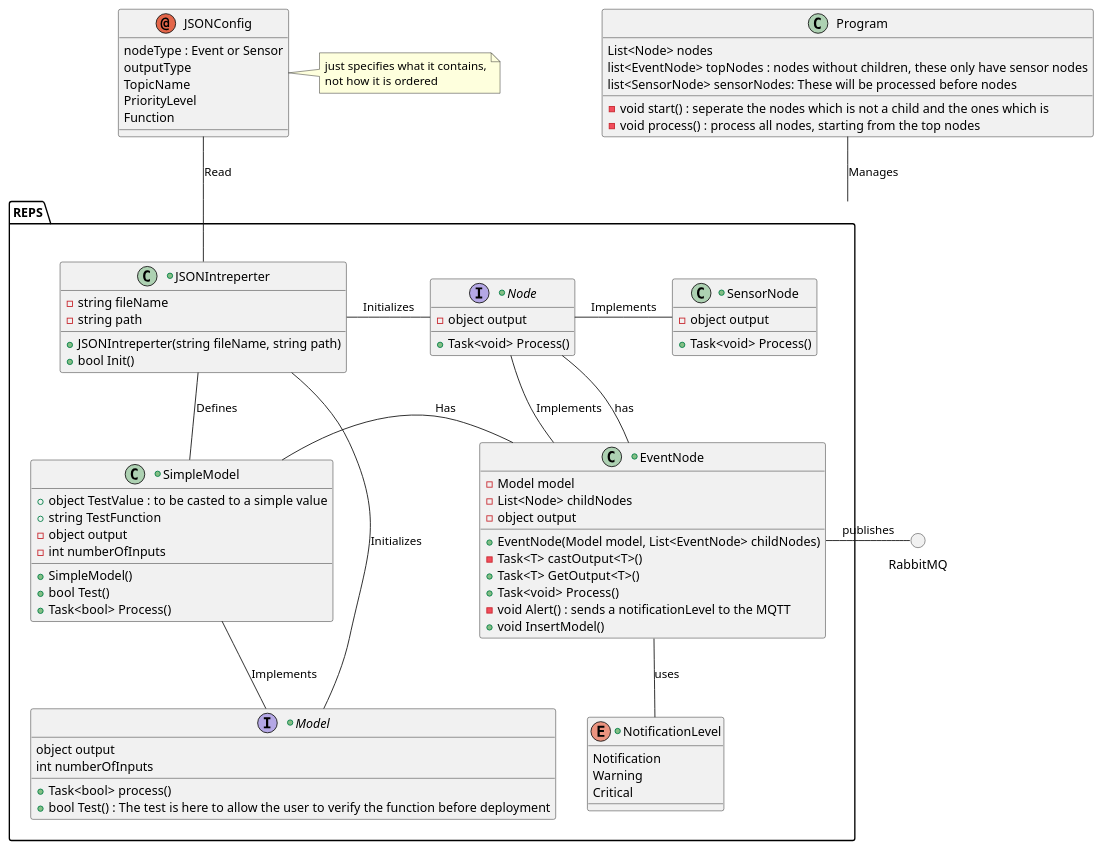
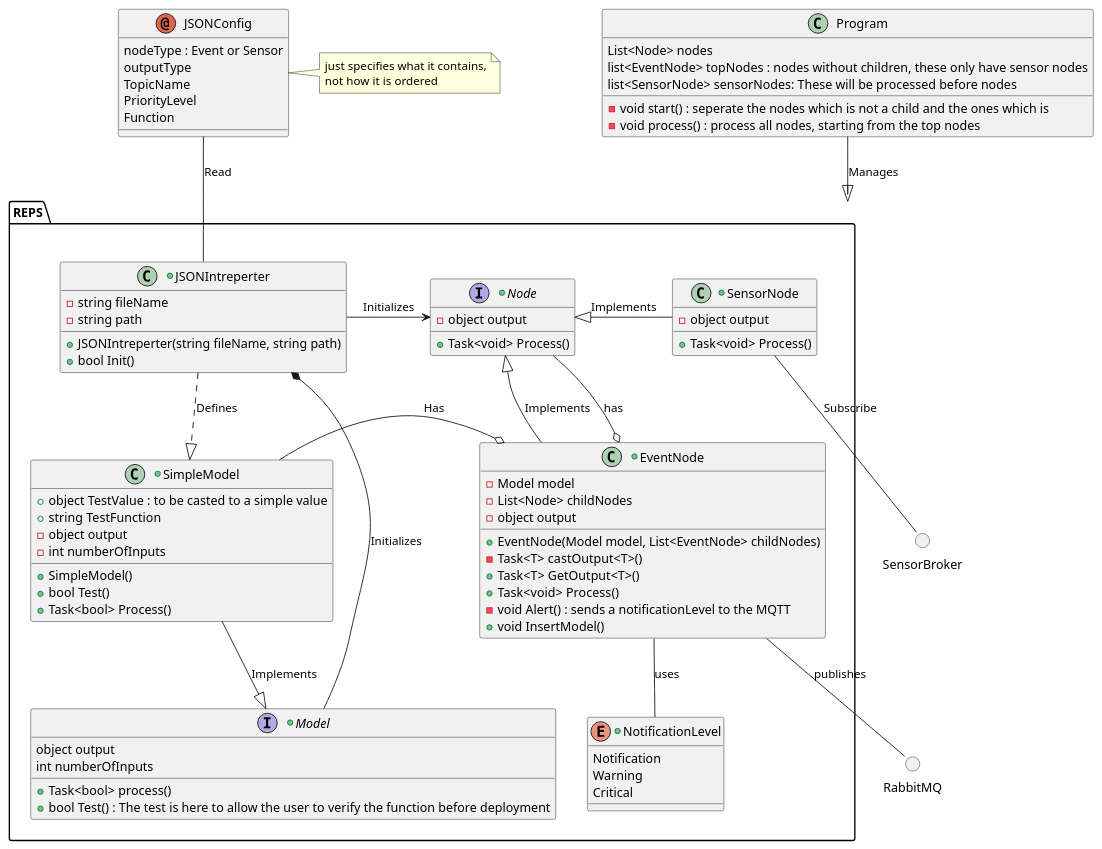
One commit to SSpedsbjerg/Master-Thesis changed the diagram in PUML Files/DesignAnalysisDiagram.puml. Above: the diagram before and after it, drawn with PlantUML. The commit also changed 5 other files, not shown here.

```diff
--- a/PUML Files/DesignAnalysisDiagram.puml
+++ b/PUML Files/DesignAnalysisDiagram.puml
@@ -1,95 +1,97 @@
 @startuml
 
 annotation JSONConfig{
     nodeType : Event or Sensor
     outputType
     TopicName
     PriorityLevel
     Function
 }
 
 note right of JSONConfig : just specifies what it contains,\nnot how it is ordered
 
 circle RabbitMQ
+circle SensorBroker
 
 class Program{
     List<Node> nodes
     list<EventNode> topNodes : nodes without children, these only have sensor nodes
     list<SensorNode> sensorNodes: These will be processed before nodes
     - void start() : seperate the nodes which is not a child and the ones which is
     - void process() : process all nodes, starting from the top nodes
 }
 
 package REPS {
     +enum NotificationLevel {
         Notification
         Warning
         Critical
     }
 
     +interface Node {
         - object output
         + Task<void> Process()
     }
 
     +class SensorNode {
         - object output
         + Task<void> Process()
     }
 
     +class EventNode {
         - Model model
         - List<Node> childNodes
         - object output
 
         + EventNode(Model model, List<EventNode> childNodes)
         - Task<T> castOutput<T>()
         + Task<T> GetOutput<T>()
         + Task<void> Process() 
         - void Alert() : sends a notificationLevel to the MQTT
         + void InsertModel()
     }
 
     +class JSONIntreperter{
         - string fileName
         - string path
 
         + JSONIntreperter(string fileName, string path)
         + bool Init()
     }
 
     +interface Model{
         + Task<bool> process()
         object output
         int numberOfInputs
         + bool Test() : The test is here to allow the user to verify the function before deployment
     }
 
     +class SimpleModel{
         + object TestValue : to be casted to a simple value
         + string TestFunction
         - object output
         - int numberOfInputs
         + SimpleModel()
         + bool Test()
         + Task<bool> Process()
     }
 }
 
 
 
-SensorNode -left- Node : Implements
-EventNode -up- Node : Implements
-JSONIntreperter -right- Node : Initializes
-JSONIntreperter -down- Model : Initializes
-SimpleModel -- Model : Implements
+SensorNode -left-|> Node : Implements
+EventNode -up-|> Node : Implements
+JSONIntreperter -right-> Node : Initializes
+JSONIntreperter *-down- Model : Initializes
+SimpleModel --|> Model : Implements
 EventNode -- NotificationLevel : uses
-JSONIntreperter -- SimpleModel : Defines
-EventNode -left- SimpleModel : Has
-EventNode -up- Node : has
+JSONIntreperter ..|> SimpleModel : Defines
+EventNode o-left- SimpleModel : Has
+EventNode o-up- Node : has
 
-Program -- REPS : Manages
+Program --|> REPS : Manages
 JSONConfig -down- JSONIntreperter : Read
-EventNode -right- RabbitMQ : publishes
+EventNode -- RabbitMQ : publishes
+SensorNode -- SensorBroker : Subscribe
 
 @enduml
```
